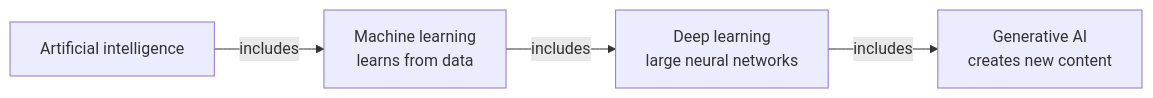
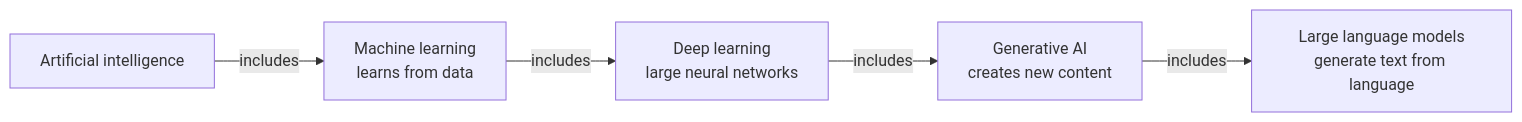
One commit to drbeane/courses changed the diagram in courses/applied-ai/content/lessons/w01-t2.md. Above: the diagram before and after it, drawn with Mermaid. The commit also changed other lines of this file and 79 other files, not shown here.

````diff
--- a/courses/applied-ai/content/lessons/w01-t2.md
+++ b/courses/applied-ai/content/lessons/w01-t2.md
@@ -37,6 +37,7 @@
 ```mermaid
 flowchart LR
   AI["Artificial intelligence"] -->|includes| ML["Machine learning<br>learns from data"]
   ML -->|includes| DL["Deep learning<br>large neural networks"]
   DL -->|includes| GEN["Generative AI<br>creates new content"]
+  GEN -->|includes| LLM["Large language models<br>generate text from language"]
 ```
````
